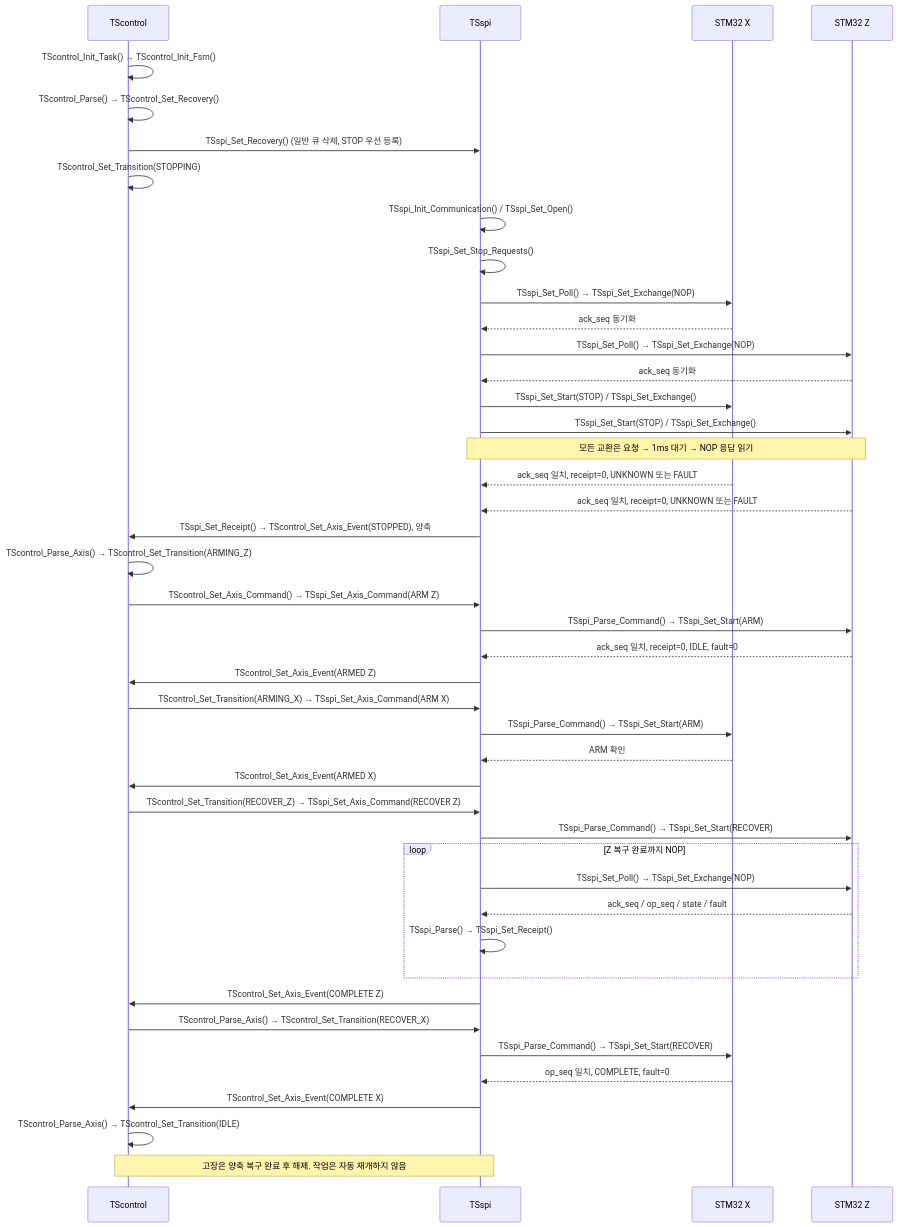
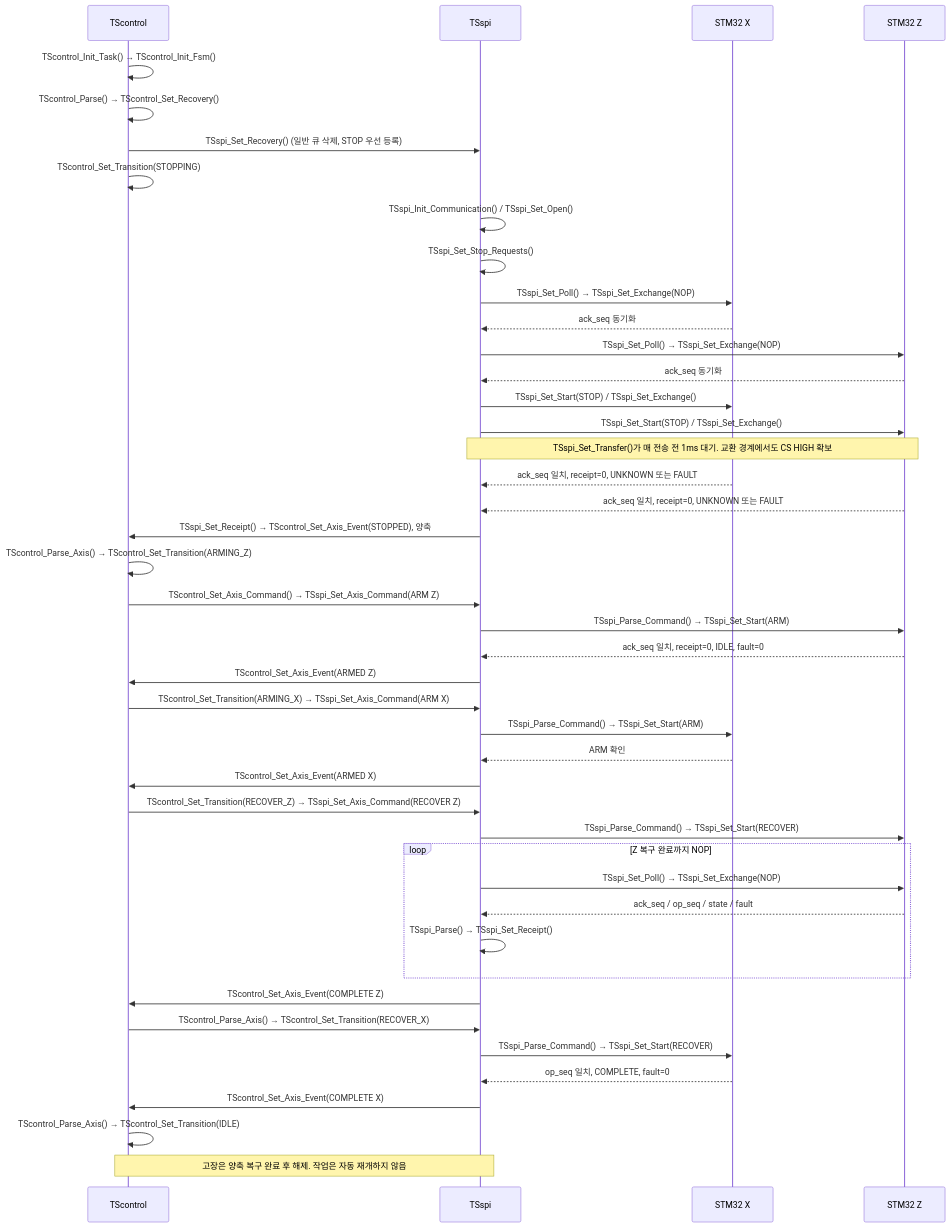
The second of 4 diagrams in oht_controller/docs/SEQUENCE_DIAGRAMS.md (takecareYata/oht_project), drawn with Mermaid before and after one commit. The commit also changed other lines of this file and 13 other files, not shown here.

````diff
--- a/oht_controller/docs/SEQUENCE_DIAGRAMS.md
+++ b/oht_controller/docs/SEQUENCE_DIAGRAMS.md
@@ -35,46 +35,46 @@
 ```mermaid
 sequenceDiagram
     participant CONTROL as TScontrol
     participant SPI as TSspi
     participant X as STM32 X
     participant Z as STM32 Z
     CONTROL->>CONTROL: TScontrol_Init_Task() → TScontrol_Init_Fsm()
     CONTROL->>CONTROL: TScontrol_Parse() → TScontrol_Set_Recovery()
     CONTROL->>SPI: TSspi_Set_Recovery() (일반 큐 삭제, STOP 우선 등록)
     CONTROL->>CONTROL: TScontrol_Set_Transition(STOPPING)
     SPI->>SPI: TSspi_Init_Communication() / TSspi_Set_Open()
     SPI->>SPI: TSspi_Set_Stop_Requests()
     SPI->>X: TSspi_Set_Poll() → TSspi_Set_Exchange(NOP)
     X-->>SPI: ack_seq 동기화
     SPI->>Z: TSspi_Set_Poll() → TSspi_Set_Exchange(NOP)
     Z-->>SPI: ack_seq 동기화
     SPI->>X: TSspi_Set_Start(STOP) / TSspi_Set_Exchange()
     SPI->>Z: TSspi_Set_Start(STOP) / TSspi_Set_Exchange()
-    Note over SPI,Z: 모든 교환은 요청 → 1ms 대기 → NOP 응답 읽기
+    Note over SPI,Z: TSspi_Set_Transfer()가 매 전송 전 1ms 대기. 교환 경계에서도 CS HIGH 확보
     X-->>SPI: ack_seq 일치, receipt=0, UNKNOWN 또는 FAULT
     Z-->>SPI: ack_seq 일치, receipt=0, UNKNOWN 또는 FAULT
     SPI->>CONTROL: TSspi_Set_Receipt() → TScontrol_Set_Axis_Event(STOPPED), 양축
     CONTROL->>CONTROL: TScontrol_Parse_Axis() → TScontrol_Set_Transition(ARMING_Z)
     CONTROL->>SPI: TScontrol_Set_Axis_Command() → TSspi_Set_Axis_Command(ARM Z)
     SPI->>Z: TSspi_Parse_Command() → TSspi_Set_Start(ARM)
     Z-->>SPI: ack_seq 일치, receipt=0, IDLE, fault=0
     SPI->>CONTROL: TScontrol_Set_Axis_Event(ARMED Z)
     CONTROL->>SPI: TScontrol_Set_Transition(ARMING_X) → TSspi_Set_Axis_Command(ARM X)
     SPI->>X: TSspi_Parse_Command() → TSspi_Set_Start(ARM)
     X-->>SPI: ARM 확인
     SPI->>CONTROL: TScontrol_Set_Axis_Event(ARMED X)
     CONTROL->>SPI: TScontrol_Set_Transition(RECOVER_Z) → TSspi_Set_Axis_Command(RECOVER Z)
     SPI->>Z: TSspi_Parse_Command() → TSspi_Set_Start(RECOVER)
     loop Z 복구 완료까지 NOP
         SPI->>Z: TSspi_Set_Poll() → TSspi_Set_Exchange(NOP)
         Z-->>SPI: ack_seq / op_seq / state / fault
         SPI->>SPI: TSspi_Parse() → TSspi_Set_Receipt()
     end
     SPI->>CONTROL: TScontrol_Set_Axis_Event(COMPLETE Z)
     CONTROL->>SPI: TScontrol_Parse_Axis() → TScontrol_Set_Transition(RECOVER_X)
     SPI->>X: TSspi_Parse_Command() → TSspi_Set_Start(RECOVER)
     X-->>SPI: op_seq 일치, COMPLETE, fault=0
     SPI->>CONTROL: TScontrol_Set_Axis_Event(COMPLETE X)
     CONTROL->>CONTROL: TScontrol_Parse_Axis() → TScontrol_Set_Transition(IDLE)
     Note over CONTROL,SPI: 고장은 양축 복구 완료 후 해제. 작업은 자동 재개하지 않음
 ```
````
